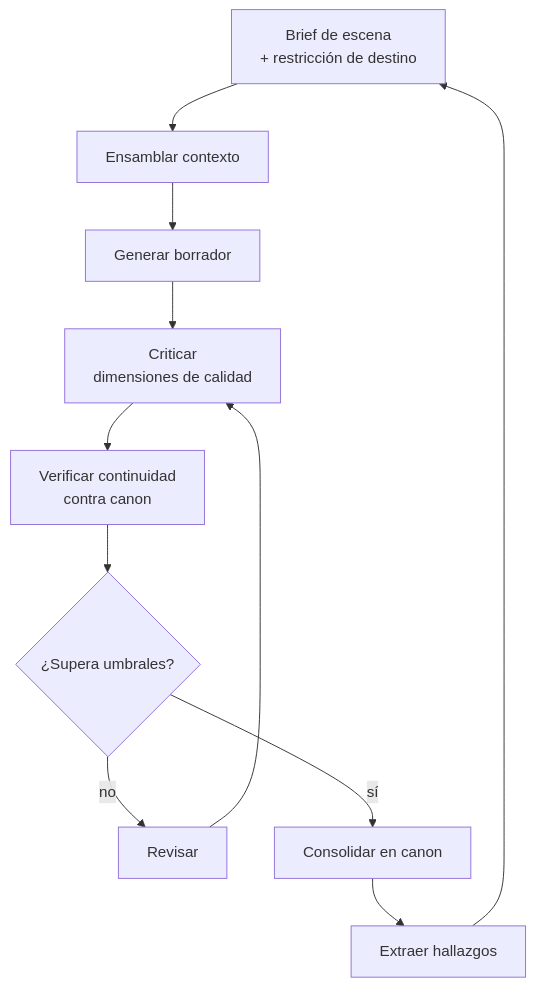
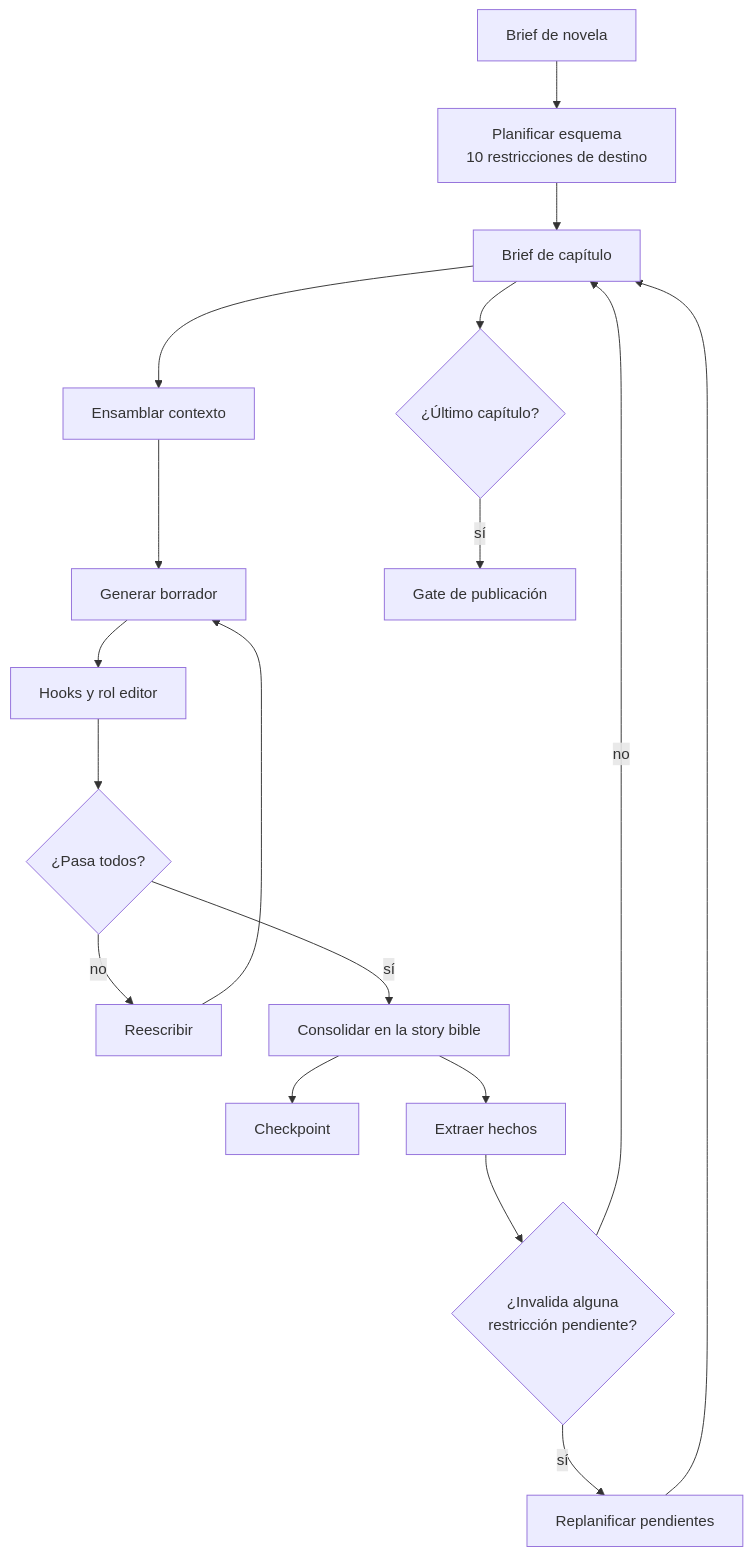
One commit to BrunoCrz3/MyStory changed diagram 16 of 21 in docs/domain-knowledge.md. Above: the diagram before and after it, drawn with Mermaid. The commit also changed other lines of this file and 5 other files, not shown here.

First line of the commit message:
Reescribir la ontologia para storyMaker

````diff
--- a/docs/domain-knowledge.md
+++ b/docs/domain-knowledge.md
@@ -324,13 +330,20 @@
 ```mermaid
 flowchart TD
-  PLN[Brief de escena<br/>+ restricción de destino] --> CTX[Ensamblar contexto]
+  BN[Brief de novela] --> PLN[Planificar esquema<br/>10 restricciones de destino]
+  PLN --> BC[Brief de capítulo]
+  BC --> CTX[Ensamblar contexto]
   CTX --> GEN[Generar borrador]
-  GEN --> CRI[Criticar<br/>dimensiones de calidad]
-  CRI --> VER[Verificar continuidad<br/>contra canon]
-  VER --> DEC{¿Supera umbrales?}
-  DEC -->|no| REV[Revisar]
-  REV --> CRI
-  DEC -->|sí| CSL[Consolidar en canon]
-  CSL --> EXT[Extraer hallazgos]
-  EXT --> PLN
+  GEN --> HOK[Hooks y rol editor]
+  HOK --> DEC{¿Pasa todos?}
+  DEC -->|no| REV[Reescribir]
+  REV --> GEN
+  DEC -->|sí| CSL[Consolidar en la story bible]
+  CSL --> CKP[Checkpoint]
+  CSL --> EXT[Extraer hechos]
+  EXT --> INV{¿Invalida alguna<br/>restricción pendiente?}
+  INV -->|no| BC
+  INV -->|sí| RPL[Replanificar pendientes]
+  RPL --> BC
+  BC --> GATE{¿Último capítulo?}
+  GATE -->|sí| PUB[Gate de publicación]
 ```
````
